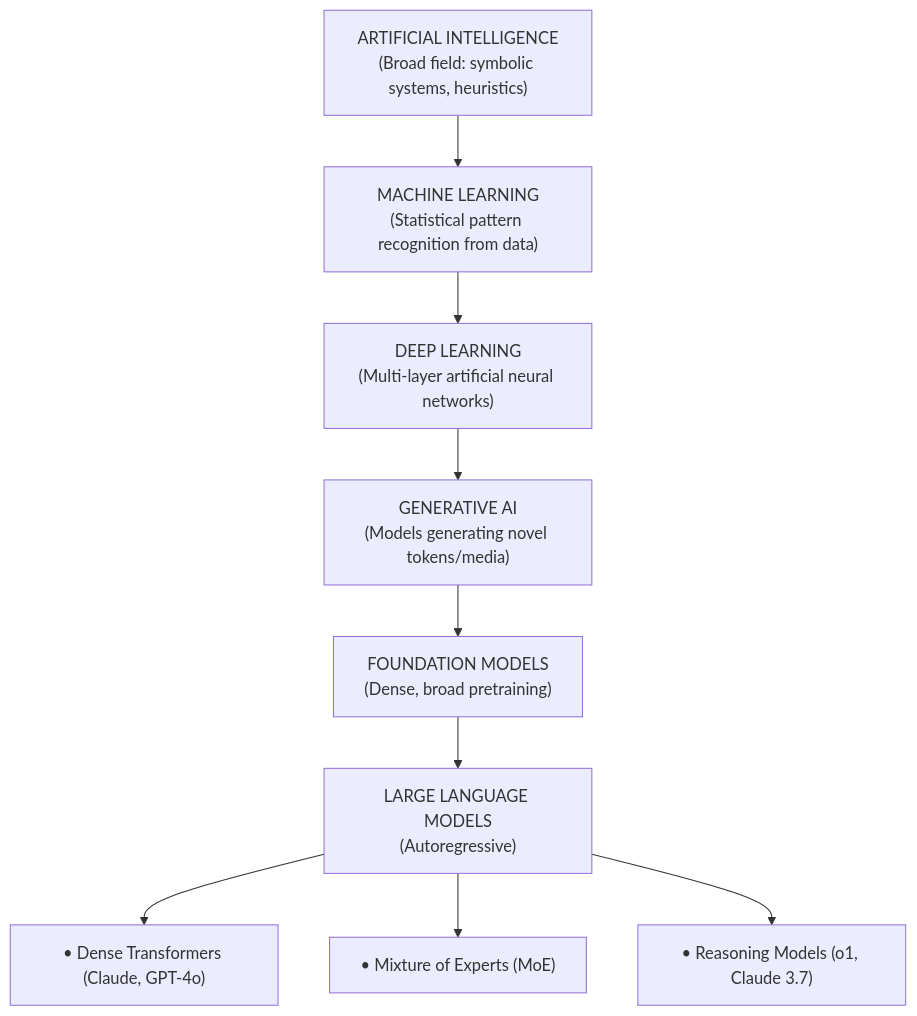
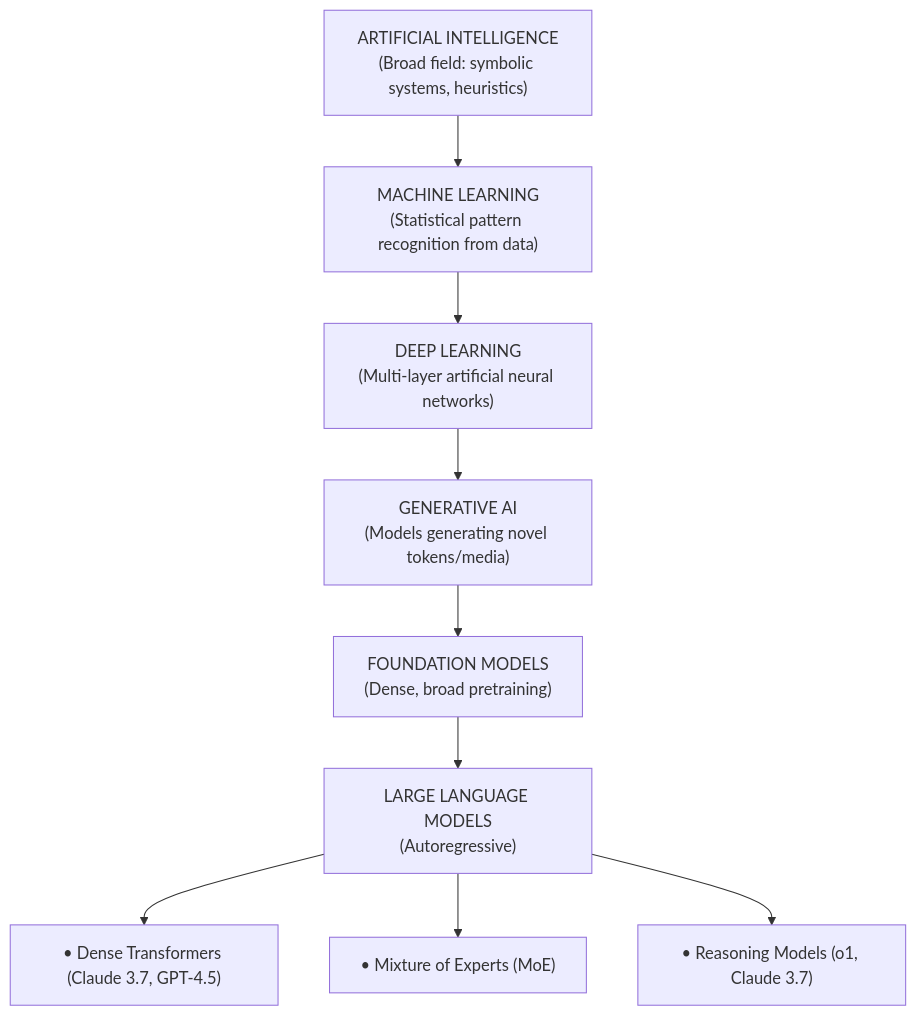
One commit to dip4k/senior-engineer-to-ai-engineer-roadmap changed the second of 13 diagrams in 00-foundations-and-token-mechanics/README.md. Above: the diagram before and after it, drawn with Mermaid. The commit also changed other lines of this file and 39 other files, not shown here.

First line of the commit message:
Enhance use case documentation for Enterprise AI, including new architectural standards and resilience implementations

````diff
--- a/00-foundations-and-token-mechanics/README.md
+++ b/00-foundations-and-token-mechanics/README.md
@@ -49,11 +49,11 @@
 ```mermaid
 flowchart TD
     AI["ARTIFICIAL INTELLIGENCE\n(Broad field: symbolic systems, heuristics)"] --> ML["MACHINE LEARNING\n(Statistical pattern recognition from data)"]
     ML --> DL["DEEP LEARNING\n(Multi-layer artificial neural networks)"]
     DL --> GenAI["GENERATIVE AI\n(Models generating novel tokens/media)"]
     GenAI --> FM["FOUNDATION MODELS\n(Dense, broad pretraining)"]
     FM --> LLM["LARGE LANGUAGE MODELS\n(Autoregressive)"]
-    LLM --> Dense["• Dense Transformers (Claude, GPT-4o)"]
+    LLM --> Dense["• Dense Transformers (Claude 3.7, GPT-4.5)"]
     LLM --> MoE["• Mixture of Experts (MoE)"]
     LLM --> Reasoning["• Reasoning Models (o1, Claude 3.7)"]
 ```
````
